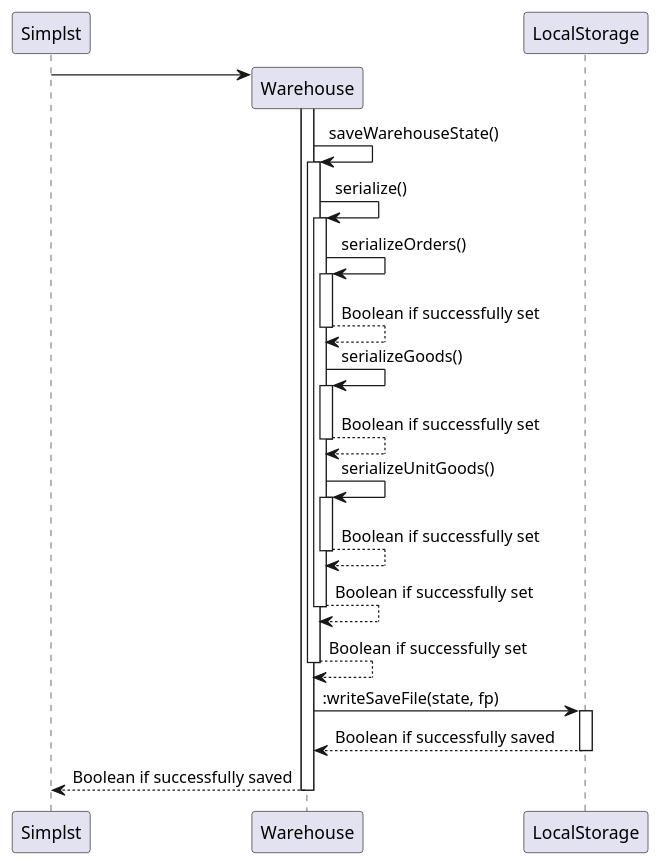
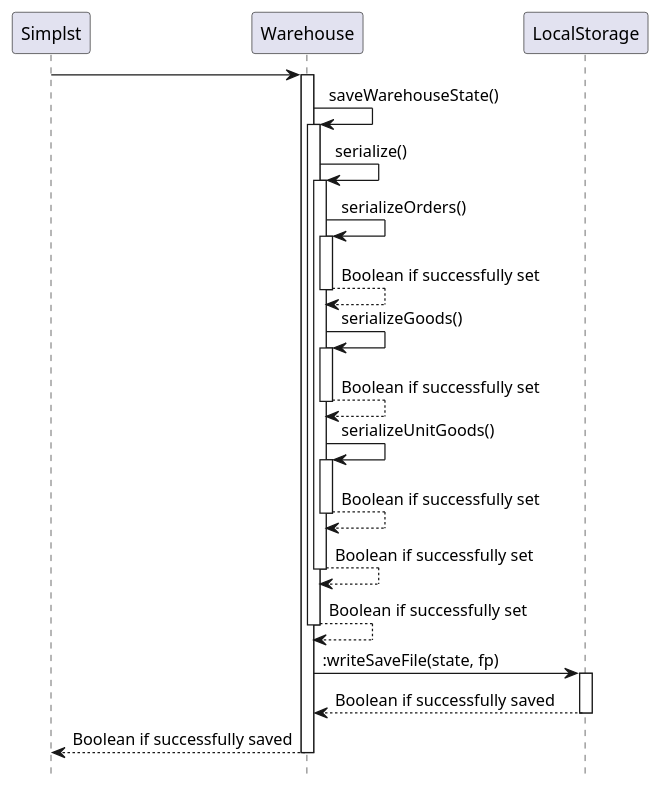
Before and after one commit to nus-cs2113-AY2122S2/tp: the diagram in docs/diagrams/LocalStorage/SerializeSequence.puml, drawn with PlantUML. The commit also changed 4 other files, not shown here.

```diff
--- a/docs/diagrams/LocalStorage/SerializeSequence.puml
+++ b/docs/diagrams/LocalStorage/SerializeSequence.puml
@@ -1,24 +1,24 @@
 @startuml
 'https://plantuml.com/sequence-diagram
+hide footbox
 
 participant Simplst as S
 participant Warehouse as w
 participant LocalStorage as ls
 
-create w
 S -> w
 activate w
 w -> w ++ : saveWarehouseState()
 w -> w ++ : serialize()
 w -> w ++ : serializeOrders()
 w --> w -- : Boolean if successfully set
 w -> w ++ : serializeGoods()
 w --> w -- : Boolean if successfully set
 w -> w ++ : serializeUnitGoods()
 w --> w -- : Boolean if successfully set
 w --> w -- : Boolean if successfully set
 w --> w -- : Boolean if successfully set
 w -> ls ++ : :writeSaveFile(state, fp)
 ls --> w -- : Boolean if successfully saved
 w --> S -- : Boolean if successfully saved
 @enduml
```
